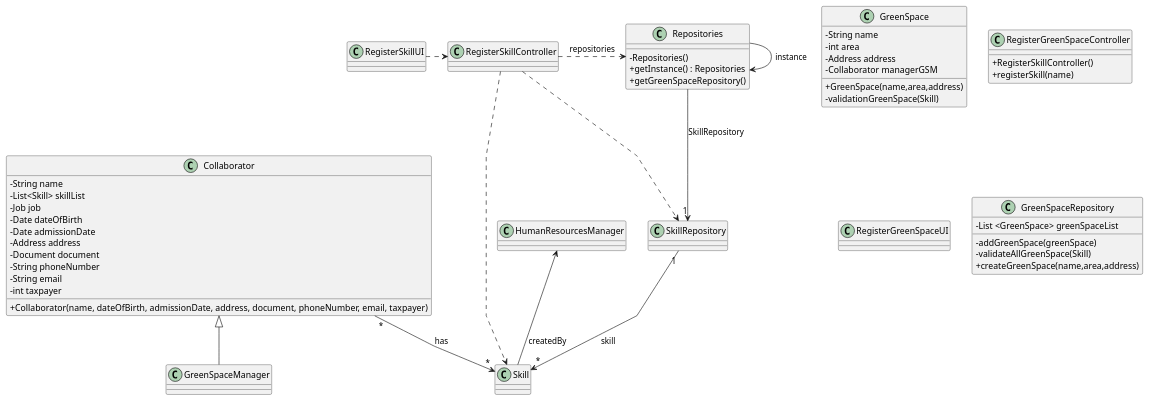
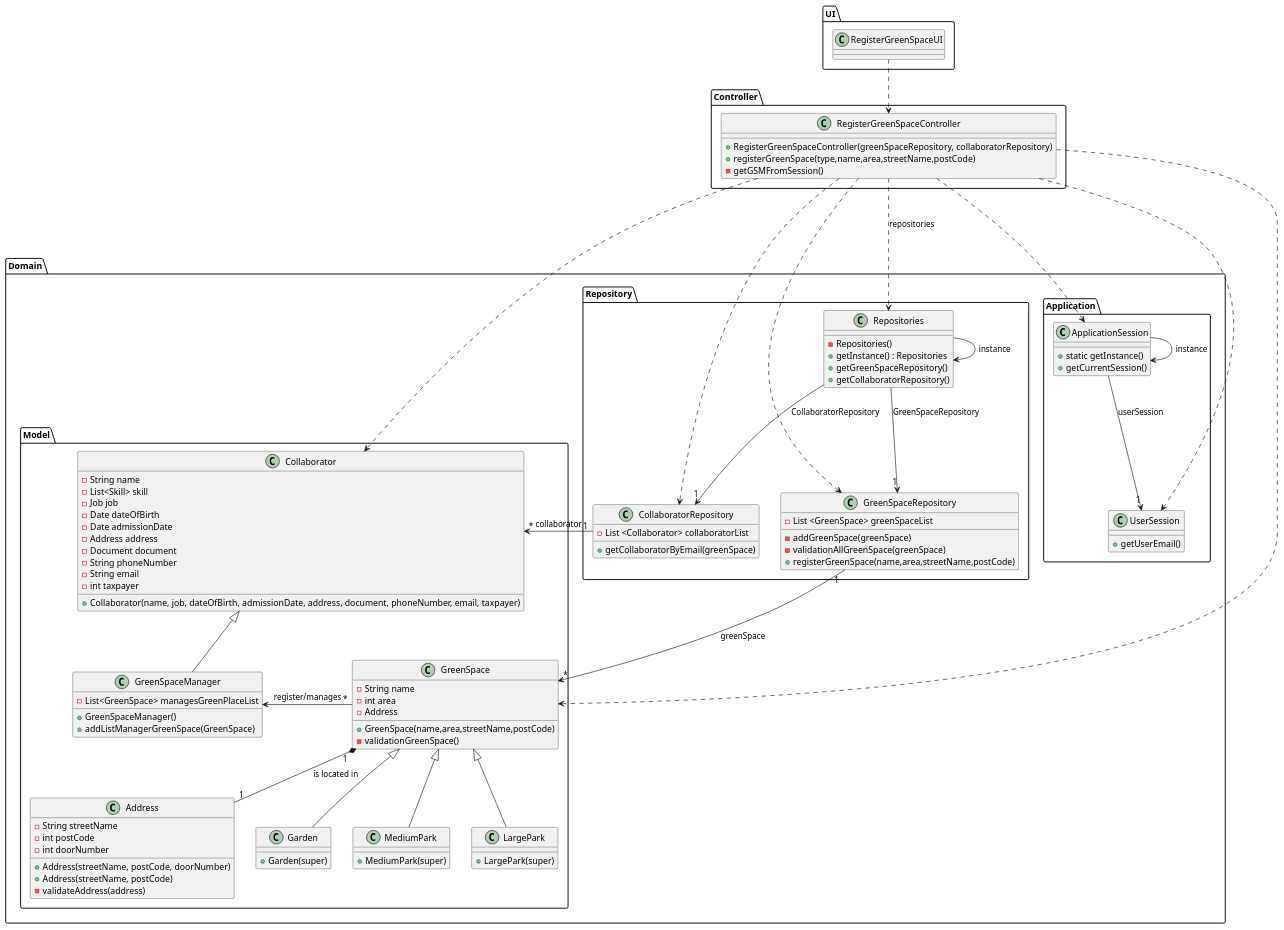
The diagram in docs/sprint3/us20/03.design/puml/us20-class-diagram.puml (Departamento-de-Engenharia-Informatica/lei-24-s2-1db-g022), drawn with PlantUML before and after one commit. The commit also changed 10 other files, not shown here.

```diff
--- a/docs/sprint3/us20/03.design/puml/us20-class-diagram.puml
+++ b/docs/sprint3/us20/03.design/puml/us20-class-diagram.puml
@@ -1,76 +1,171 @@
 @startuml
 'skinparam monochrome true
 skinparam packageStyle rectangle
 skinparam shadowing false
-skinparam linetype polyline
-'skinparam linetype orto
+skinparam linetype orto
 
-skinparam classAttributeIconSize 0
+skinparam classAttributeIconSize "1"
+
+package "UI" <<Folder>> {
+    class RegisterGreenSpaceUI {
+    }
+}
+
+
+package "Controller" <<Folder>> {
+
+    class RegisterGreenSpaceController {
+        + RegisterGreenSpaceController(greenSpaceRepository, collaboratorRepository)
+        + registerGreenSpace(type,name,area,streetName,postCode)
+        - getGSMFromSession()
+
+    }
+
+}
 
 'left to right direction
+package "Domain" <<Folder>> {
 
-class GreenSpace {
-    - String name
-    - int area
-    - Address address
-    - Collaborator managerGSM
+    package "Domain.Application" <<Folder>> {
 
-    + GreenSpace(name,area,address)
-    - validationGreenSpace(Skill)
+        class ApplicationSession
+        {
+            + static getInstance()
+            + getCurrentSession()
+        }
+
+        class UserSession
+        {
+            + getUserEmail()
+        }
+    }
+
+    package "Domain.Model" <<Folder>> {
+
+        class GreenSpace {
+            - String name
+            - int area
+            - Address
+
+            + GreenSpace(name,area,streetName,postCode)
+            - validationGreenSpace()
+        }
+
+        class Collaborator {
+                -String name
+                -List<Skill> skill
+                -Job job
+                -Date dateOfBirth
+                -Date admissionDate
+                -Address address
+                -Document document
+                -String phoneNumber
+                -String email
+                -int taxpayer
+
+                + Collaborator(name, job, dateOfBirth, admissionDate, address, document, phoneNumber, email, taxpayer)
+        }
+
+        class Address {
+            -String streetName
+            -int postCode
+            -int doorNumber
+
+            +Address(streetName, postCode, doorNumber)
+            +Address(streetName, postCode)
+            -validateAddress(address)
+        }
+
+        class GreenSpaceManager {
+            - List<GreenSpace> managesGreenPlaceList
+
+            + GreenSpaceManager()
+            + addListManagerGreenSpace(GreenSpace)
+
+        }
+
+        class Garden{
+            + Garden(super)
+        }
+
+        class MediumPark{
+            + MediumPark(super)
+        }
+
+        class LargePark{
+            + LargePark(super)
+        }
+    }
+
+    package "Domain.Repository" <<Folder>> {
+
+        class Repositories {
+
+            - Repositories()
+            + getInstance() : Repositories
+            + getGreenSpaceRepository()
+            + getCollaboratorRepository()
+        }
+
+        class CollaboratorRepository {
+            - List <Collaborator> collaboratorList
+
+            + getCollaboratorByEmail(greenSpace)
+        }
+
+        class GreenSpaceRepository {
+            - List <GreenSpace> greenSpaceList
+
+            - addGreenSpace(greenSpace)
+            - validationAllGreenSpace(greenSpace)
+            + registerGreenSpace(name,area,streetName,postCode)
+        }
+    }
 }
 
-class RegisterGreenSpaceController {
+'-------------------Instance-------------------
+Repositories -> Repositories : instance
+ApplicationSession -> ApplicationSession : instance
 
-    + RegisterSkillController()
-    + registerSkill(name)
-}
+'-------------------UI-------------------
+RegisterGreenSpaceUI ..> RegisterGreenSpaceController
 
-class RegisterGreenSpaceUI {
-}
+'-------------------Controller-------------------
+RegisterGreenSpaceController ...> Repositories : repositories
+RegisterGreenSpaceController ...> ApplicationSession
+RegisterGreenSpaceController ...> UserSession
+RegisterGreenSpaceController ...> GreenSpaceRepository
+RegisterGreenSpaceController ...> CollaboratorRepository
+RegisterGreenSpaceController ...> Collaborator
+RegisterGreenSpaceController ...> GreenSpace
 
-class Collaborator {
-    -String name
-    -List<Skill> skillList
-    -Job job
-    -Date dateOfBirth
-    -Date admissionDate
-    -Address address
-    -Document document
-    -String phoneNumber
-    -String email
-    -int taxpayer
+'-------------------ApplicationSession-------------------
+ApplicationSession --> "1" UserSession : userSession
 
-    + Collaborator(name, dateOfBirth, admissionDate, address, document, phoneNumber, email, taxpayer)
-}
+'-------------------Repositories-------------------
+Repositories --> "1" GreenSpaceRepository : GreenSpaceRepository
+Repositories --> "1" CollaboratorRepository : CollaboratorRepository
 
-class GreenSpaceManager {
-}
+'-------------------CollaboratorRepository-------------------
+CollaboratorRepository "1"  -> "*" Collaborator : collaborator
 
-class Repositories {
+'-------------------GreenSpaceRepository-------------------
+GreenSpaceRepository "1" -> "*" GreenSpace : greenSpace
 
-    - Repositories()
-    + getInstance() : Repositories
-    + getGreenSpaceRepository()
-}
+'-------------------Collaborator-------------------
+Collaborator <|-- GreenSpaceManager
 
-class GreenSpaceRepository {
-    - List <GreenSpace> greenSpaceList
+'-------------------Green Space Manager-------------------
+GreenSpaceManager <- "*" GreenSpace : register/manages
 
-    - addGreenSpace(greenSpace)
-    - validateAllGreenSpace(Skill)
-    + createGreenSpace(name,area,address)
-}
+'-------------------GreenSpace-------------------
+GreenSpace <|-- Garden
+GreenSpace <|-- MediumPark
+GreenSpace <|-- LargePark
 
-RegisterSkillController .> Repositories : repositories
-RegisterSkillUI .> RegisterSkillController
-Repositories -> Repositories : instance
-Repositories --> "1" SkillRepository : SkillRepository
-SkillRepository "1" --> "*" Skill : skill
-Collaborator  <|--  GreenSpaceManager
-RegisterSkillController ..> Skill
-RegisterSkillController ..> SkillRepository
+GreenSpace "1" *-- "1" Address : is located in
 
-HumanResourcesManager <--  Skill: createdBy
-Collaborator "*" --> "*" Skill : has
+
+
 
 @enduml
```
